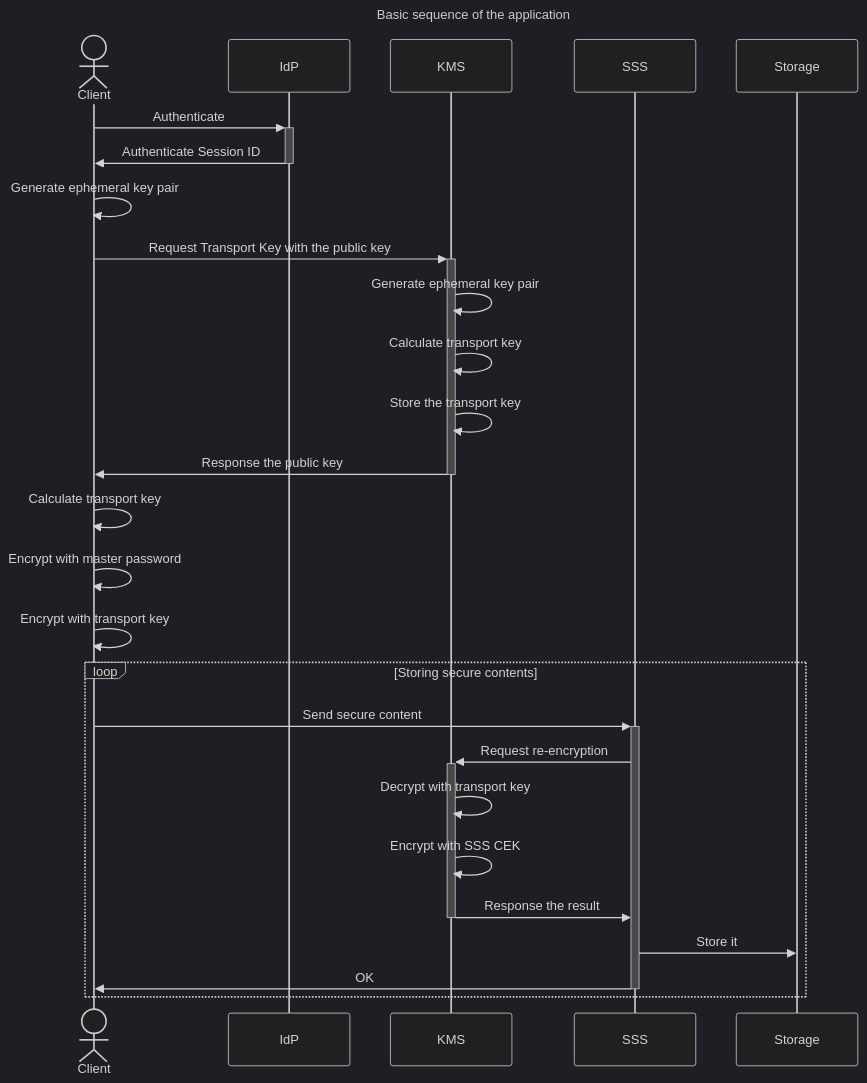
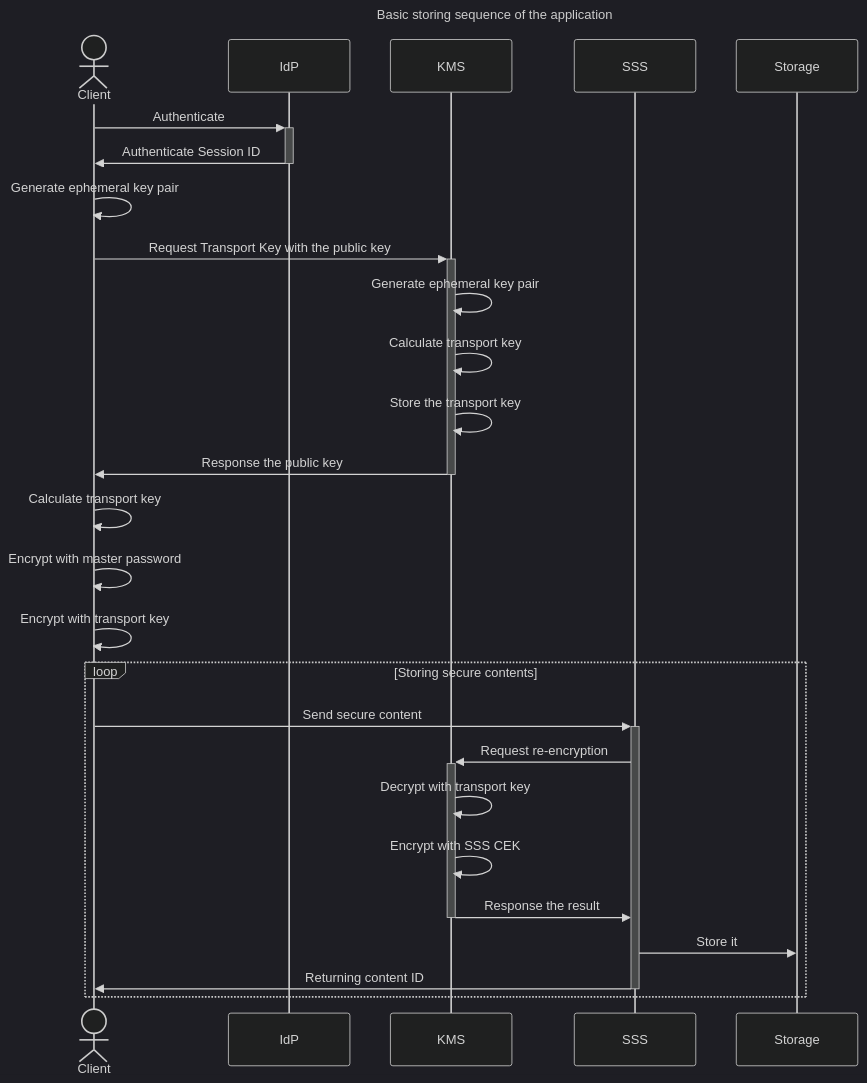
The first of 2 diagrams in book/sections/InitialSequence.md (ktakashi/my-password-manager), drawn with Mermaid (dark theme) before and after one commit. The commit also changed other lines of this file, not shown here.

Commit message:
Adding sequence diagram of content retrieval

````diff
--- a/book/sections/InitialSequence.md
+++ b/book/sections/InitialSequence.md
@@ -14,25 +14,25 @@
 ```mermaid
 sequenceDiagram
-title Basic sequence of the application
+title Basic storing sequence of the application
 actor Client
 Client ->>+ IdP: Authenticate
 IdP ->>- Client: Authenticate Session ID
 Client ->> Client: Generate ephemeral key pair
 Client ->>+ KMS: Request Transport Key with the public key
 KMS ->> KMS: Generate ephemeral key pair
 KMS ->> KMS: Calculate transport key
 KMS ->> KMS: Store the transport key
 KMS ->>- Client: Response the public key
 Client ->> Client: Calculate transport key
 Client ->> Client: Encrypt with master password
 Client ->> Client: Encrypt with transport key
 loop Storing secure contents
   Client ->>+ SSS: Send secure content
   SSS ->>+ KMS: Request re-encryption
   KMS ->> KMS: Decrypt with transport key
   KMS ->> KMS: Encrypt with SSS CEK
   KMS ->>- SSS: Response the result
   SSS ->> Storage: Store it
-  SSS ->>- Client: OK
+  SSS ->>- Client: Returning content ID
 end
 ```
````
